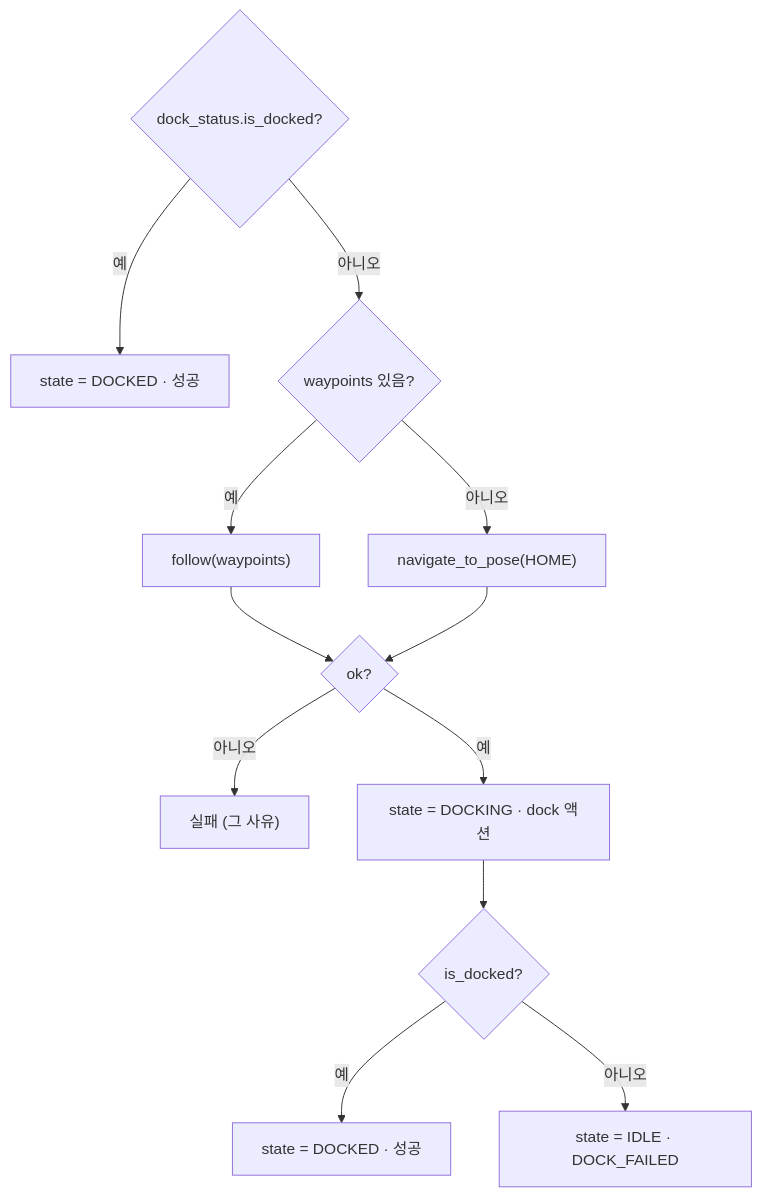
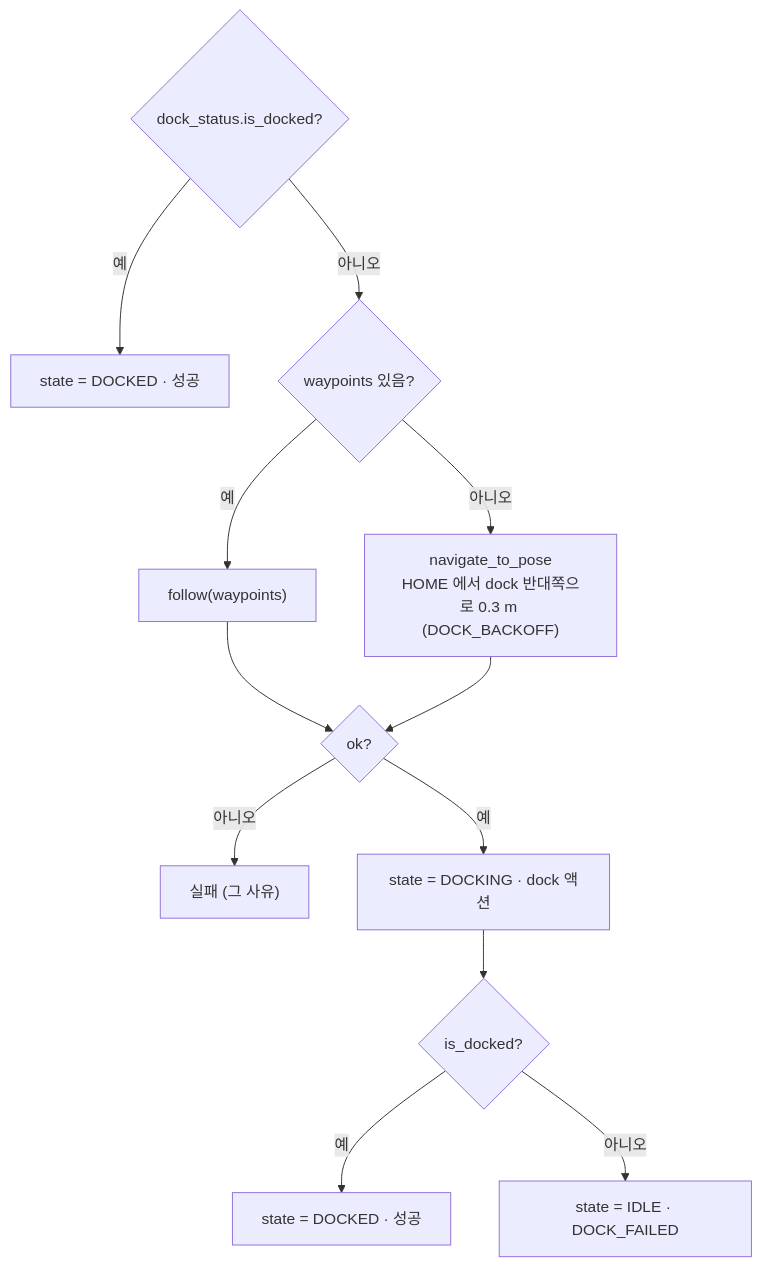
Before and after one commit to HJAE99/B_0102_Final_Project-archive: the fifth of 5 diagrams in docs/driving/mission_executor_flow.md, drawn with Mermaid. The commit also changed other lines of this file, not shown here.

Commit message:
docs: mission_executor 흐름도를 fd23581 기준으로 갱신 (localize·settle, robot3 HOME, DOCK_BACKOFF)

````diff
--- a/docs/driving/mission_executor_flow.md
+++ b/docs/driving/mission_executor_flow.md
@@ -140,13 +141,13 @@
 ```mermaid
 flowchart TD
     A{"dock_status.is_docked?"} -- 예 --> A1["state = DOCKED · 성공"]
     A -- 아니오 --> B{"waypoints 있음?"}
     B -- 예 --> C["follow(waypoints)"]
-    B -- 아니오 --> D["navigate_to_pose(HOME)"]
+    B -- 아니오 --> D["navigate_to_pose<br/>HOME 에서 dock 반대쪽으로 0.3 m (DOCK_BACKOFF)"]
     C & D --> E{"ok?"}
     E -- 아니오 --> E1["실패 (그 사유)"]
     E -- 예 --> F["state = DOCKING · dock 액션"]
     F --> G{"is_docked?"}
     G -- 예 --> G1["state = DOCKED · 성공"]
     G -- 아니오 --> G2["state = IDLE · DOCK_FAILED"]
 ```
````
